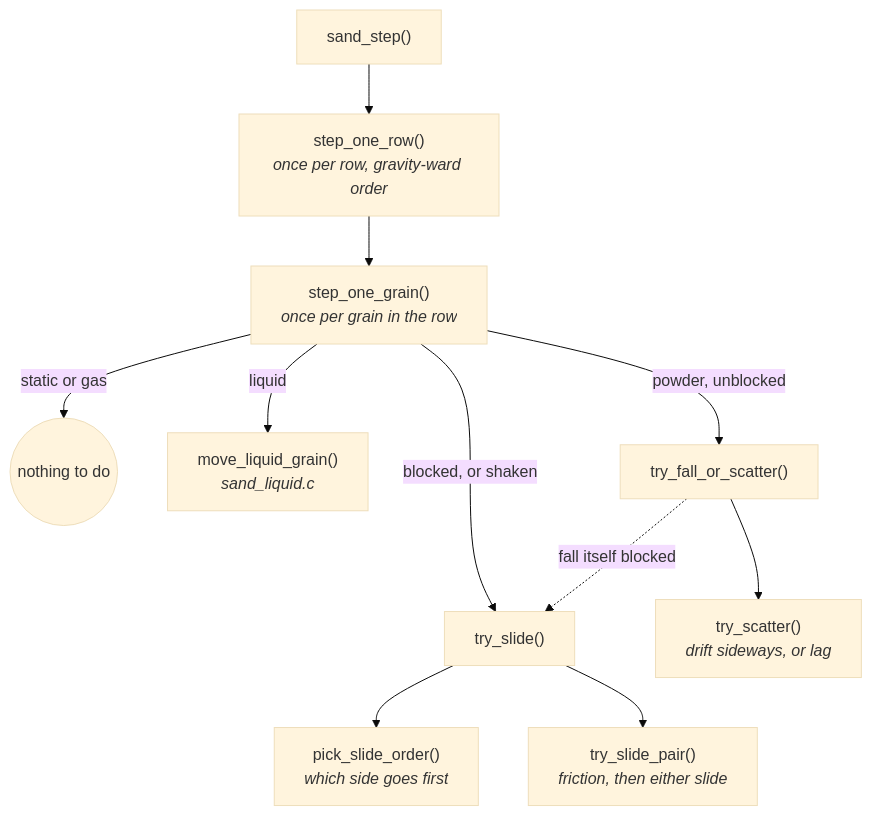
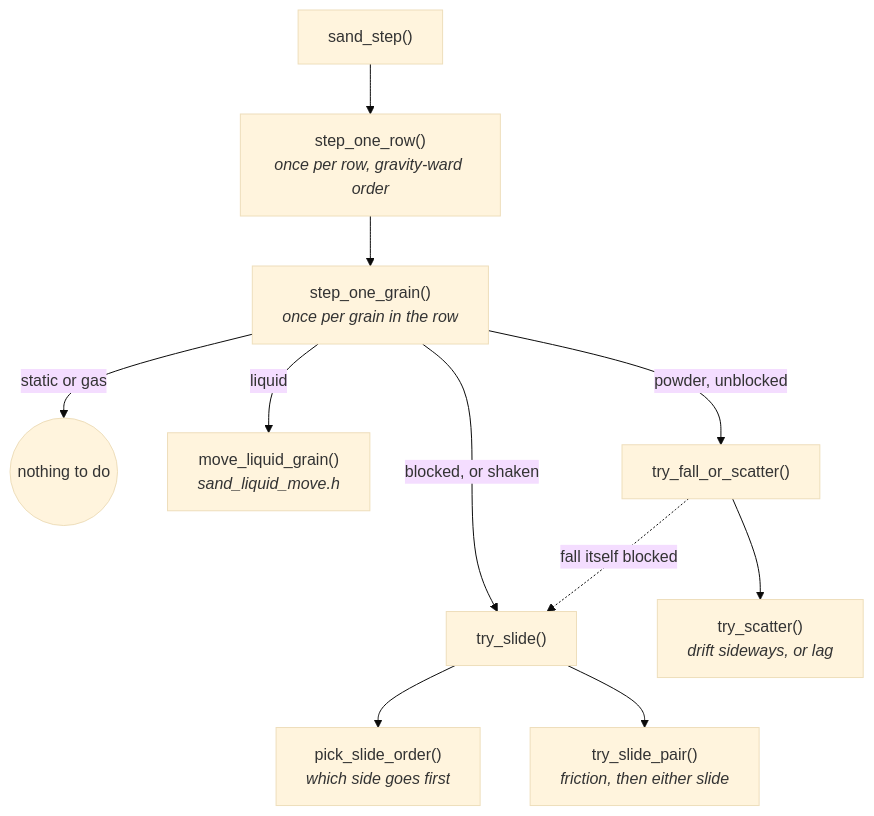
Before and after one commit to jose-villegas/autana: the first of 2 diagrams in docs/sand/Sand-Simulation.md, drawn with Mermaid (base theme). The commit also changed other lines of this file and 2 other files, not shown here.

First line of the commit message:
docs: state the complexity gate and the sand file split as they are now

````diff
--- a/docs/sand/Sand-Simulation.md
+++ b/docs/sand/Sand-Simulation.md
@@ -1491,16 +1462,16 @@
 ```mermaid
 flowchart TB
     STEP["sand_step()"] --> ROW["step_one_row()<br/><i>once per row, gravity-ward order</i>"]
     ROW --> GRAIN["step_one_grain()<br/><i>once per grain in the row</i>"]
 
     GRAIN -->|"static or gas"| SKIP(("nothing to do"))
-    GRAIN -->|"liquid"| LIQ["move_liquid_grain()<br/><i>sand_liquid.c</i>"]
+    GRAIN -->|"liquid"| LIQ["move_liquid_grain()<br/><i>sand_liquid_move.h</i>"]
     GRAIN -->|"powder, unblocked"| FALL["try_fall_or_scatter()"]
     GRAIN -->|"blocked, or shaken"| SLIDE["try_slide()"]
 
     FALL --> SCATTER["try_scatter()<br/><i>drift sideways, or lag</i>"]
     FALL -.->|"fall itself blocked"| SLIDE
 
     SLIDE --> ORDER["pick_slide_order()<br/><i>which side goes first</i>"]
     SLIDE --> PAIR["try_slide_pair()<br/><i>friction, then either slide</i>"]
 ```
````
